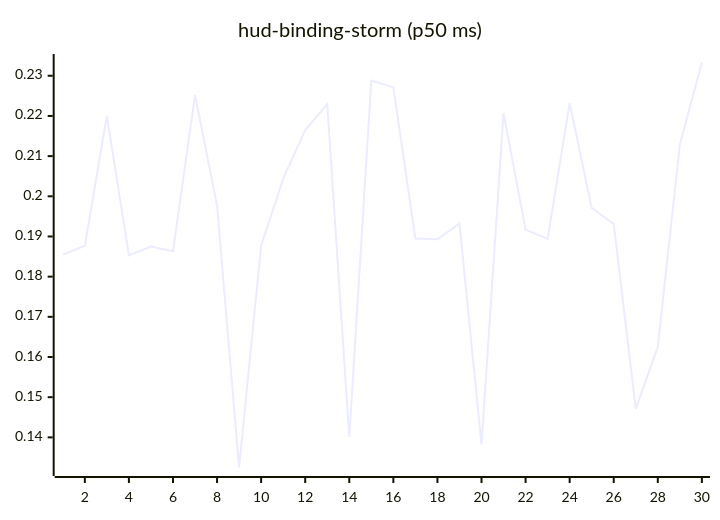
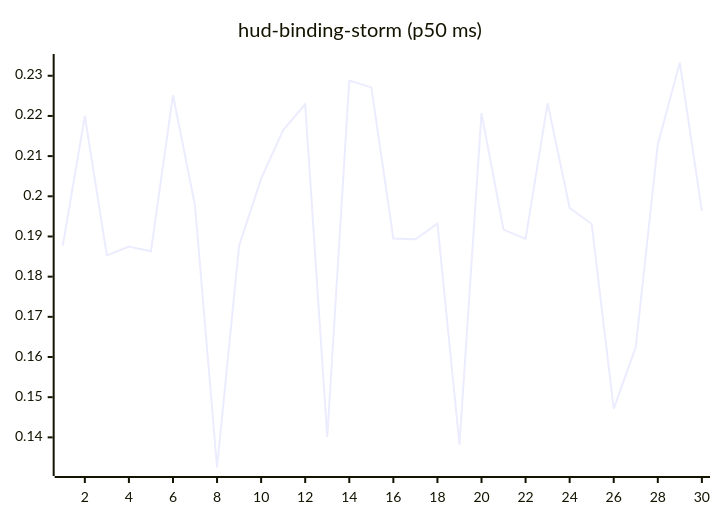
Before and after one commit to josha/Facet: the tenth of 27 diagrams in README.md, drawn with Mermaid. The commit also changed other lines of this file and 2 other files, not shown here.

````diff
--- a/README.md
+++ b/README.md
@@ -126,6 +126,6 @@
 ```mermaid
 xychart-beta
     title "hud-binding-storm (p50 ms)"
     x-axis 1 --> 30
-    line [0.1855, 0.1877, 0.2200, 0.1853, 0.1875, 0.1863, 0.2252, 0.1977, 0.1325, 0.1877, 0.2044, 0.2165, 0.2229, 0.1401, 0.2288, 0.2271, 0.1895, 0.1893, 0.1932, 0.1382, 0.2207, 0.1917, 0.1894, 0.2232, 0.1971, 0.1931, 0.1471, 0.1625, 0.2129, 0.2333]
+    line [0.1877, 0.2200, 0.1853, 0.1875, 0.1863, 0.2252, 0.1977, 0.1325, 0.1877, 0.2044, 0.2165, 0.2229, 0.1401, 0.2288, 0.2271, 0.1895, 0.1893, 0.1932, 0.1382, 0.2207, 0.1917, 0.1894, 0.2232, 0.1971, 0.1931, 0.1471, 0.1625, 0.2129, 0.2333, 0.1963]
 ```
````
